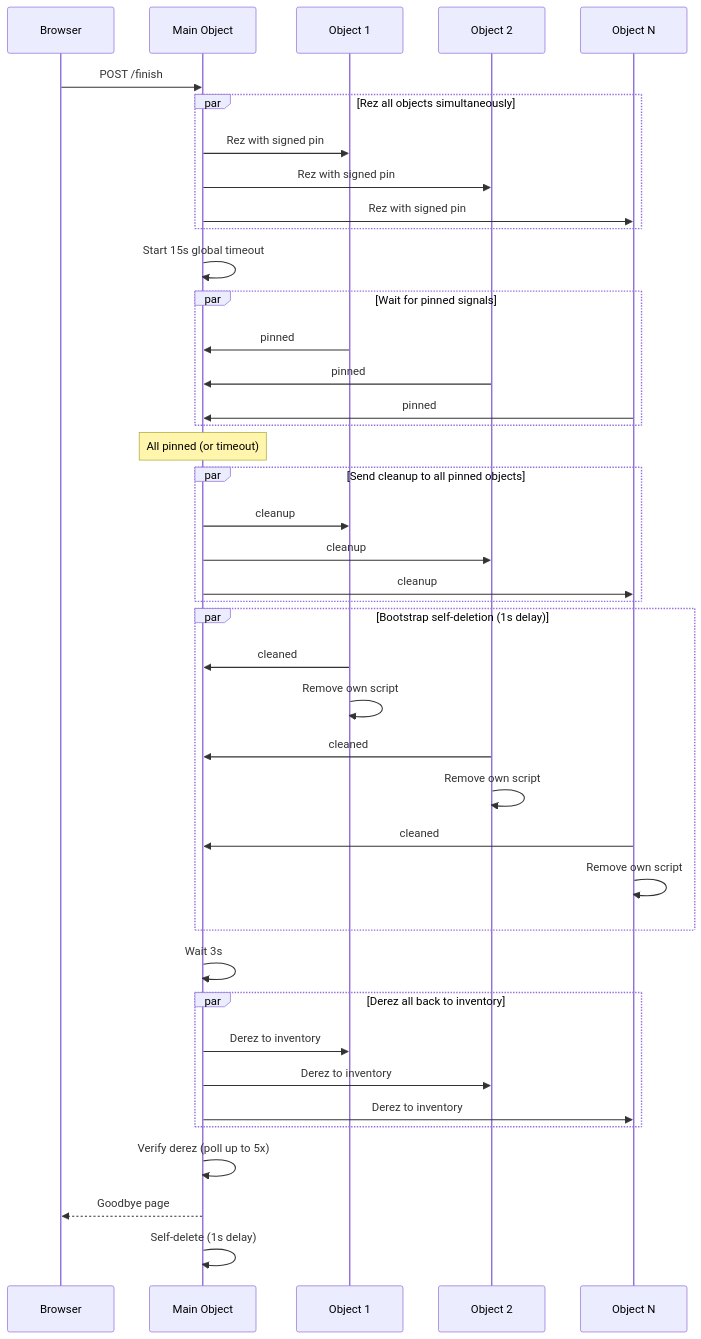
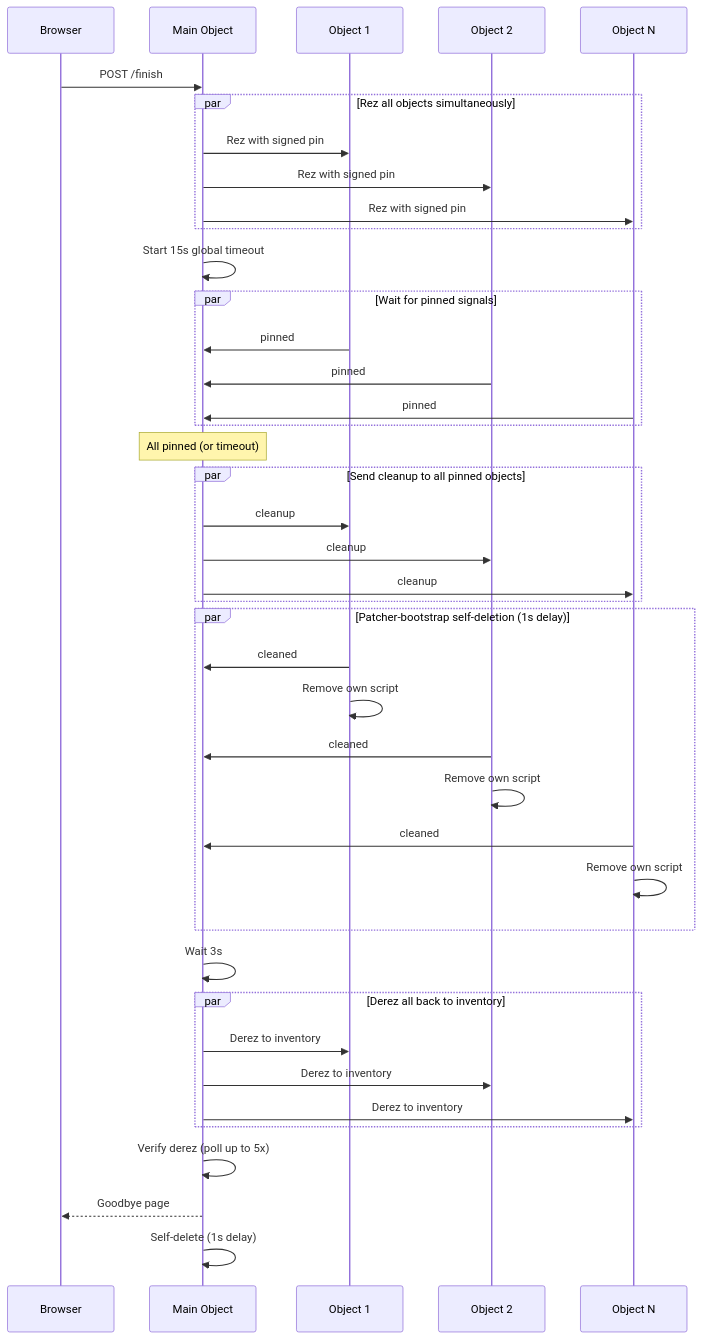
One commit to gwigz/slua-derez-patcher changed the second of 4 diagrams in docs/architecture.md. Above: the diagram before and after it, drawn with Mermaid. The commit also changed other lines of this file and 14 other files, not shown here.

````diff
--- a/docs/architecture.md
+++ b/docs/architecture.md
@@ -43,53 +45,53 @@
 ```mermaid
 sequenceDiagram
     participant User as Browser
     participant Patcher as Main Object
     participant O1 as Object 1
     participant O2 as Object 2
     participant ON as Object N
 
     User->>Patcher: POST /finish
 
     par Rez all objects simultaneously
         Patcher->>O1: Rez with signed pin
         Patcher->>O2: Rez with signed pin
         Patcher->>ON: Rez with signed pin
     end
 
     Patcher->>Patcher: Start 15s global timeout
 
     par Wait for pinned signals
         O1->>Patcher: pinned
         O2->>Patcher: pinned
         ON->>Patcher: pinned
     end
 
     Note over Patcher: All pinned (or timeout)
 
     par Send cleanup to all pinned objects
         Patcher->>O1: cleanup
         Patcher->>O2: cleanup
         Patcher->>ON: cleanup
     end
 
-    par Bootstrap self-deletion (1s delay)
+    par Patcher-bootstrap self-deletion (1s delay)
         O1->>Patcher: cleaned
         O1->>O1: Remove own script
         O2->>Patcher: cleaned
         O2->>O2: Remove own script
         ON->>Patcher: cleaned
         ON->>ON: Remove own script
     end
 
     Patcher->>Patcher: Wait 3s
 
     par Derez all back to inventory
         Patcher->>O1: Derez to inventory
         Patcher->>O2: Derez to inventory
         Patcher->>ON: Derez to inventory
     end
 
     Patcher->>Patcher: Verify derez (poll up to 5x)
     Patcher-->>User: Goodbye page
     Patcher->>Patcher: Self-delete (1s delay)
 ```
````
